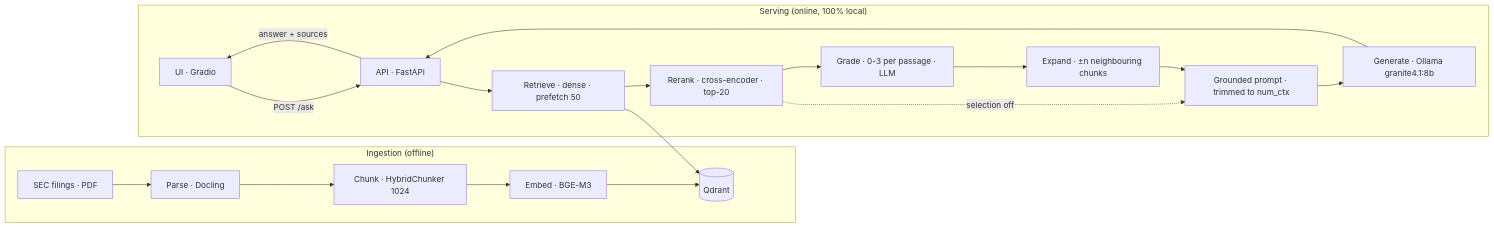
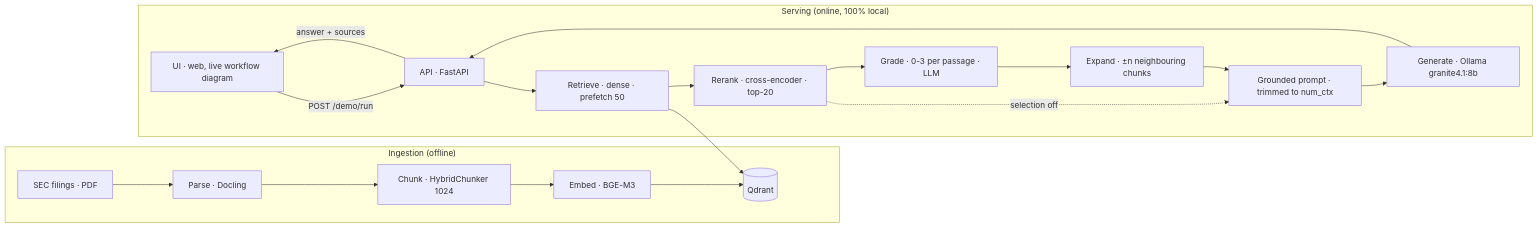
The diagram in README.md (ahmedgh970/finqa-engine), drawn with Mermaid before and after one commit. The commit also changed other lines of this file and 17 other files, not shown here.

````diff
--- a/README.md
+++ b/README.md
@@ -25,22 +25,22 @@
 ```mermaid
 flowchart LR
   subgraph Ingestion["Ingestion (offline)"]
     PDF[SEC filings · PDF] --> Parse[Parse · Docling]
     Parse --> Chunk[Chunk · HybridChunker 1024]
     Chunk --> Embed[Embed · BGE-M3]
     Embed --> Q[(Qdrant)]
   end
   subgraph Serving["Serving (online, 100% local)"]
-    UI[UI · Gradio] -->|POST /ask| API[API · FastAPI]
+    UI[UI · web, live workflow diagram] -->|POST /demo/run| API[API · FastAPI]
     API --> R[Retrieve · dense · prefetch 50]
     R --> Q
     R --> RR[Rerank · cross-encoder · top-20]
     RR -.->|selection off| P
     RR --> G[Grade · 0-3 per passage · LLM]
     G --> E[Expand · ±n neighbouring chunks]
     E --> P[Grounded prompt · trimmed to num_ctx]
     P --> LLM[Generate · Ollama granite4.1:8b]
     LLM --> API
     API -->|answer + sources| UI
   end
 ```
````
